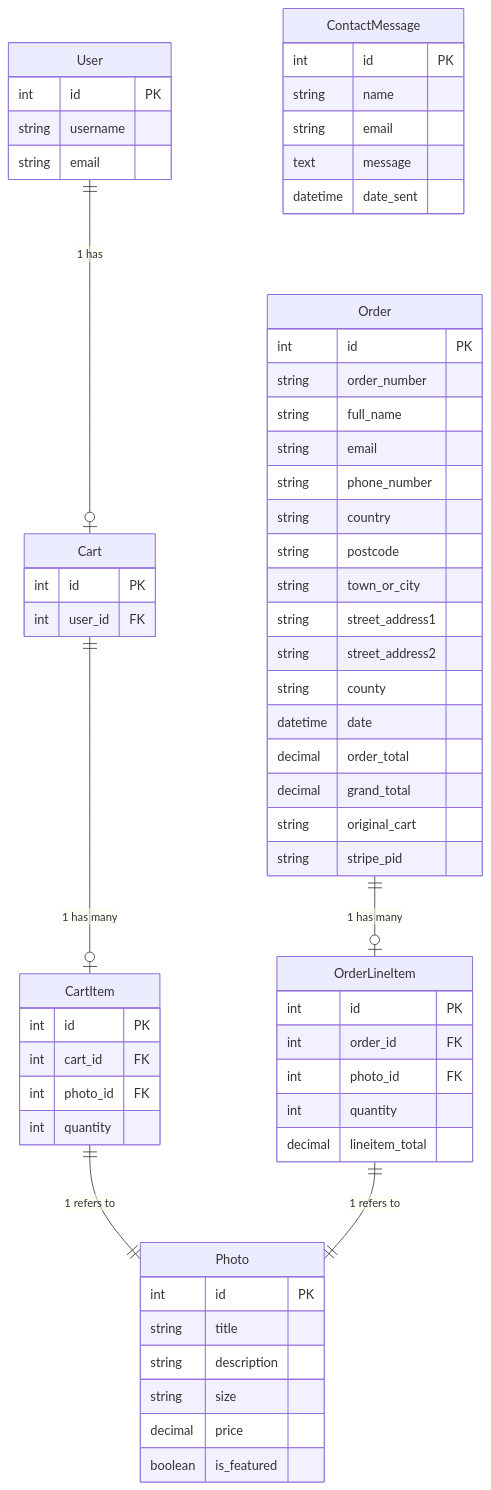
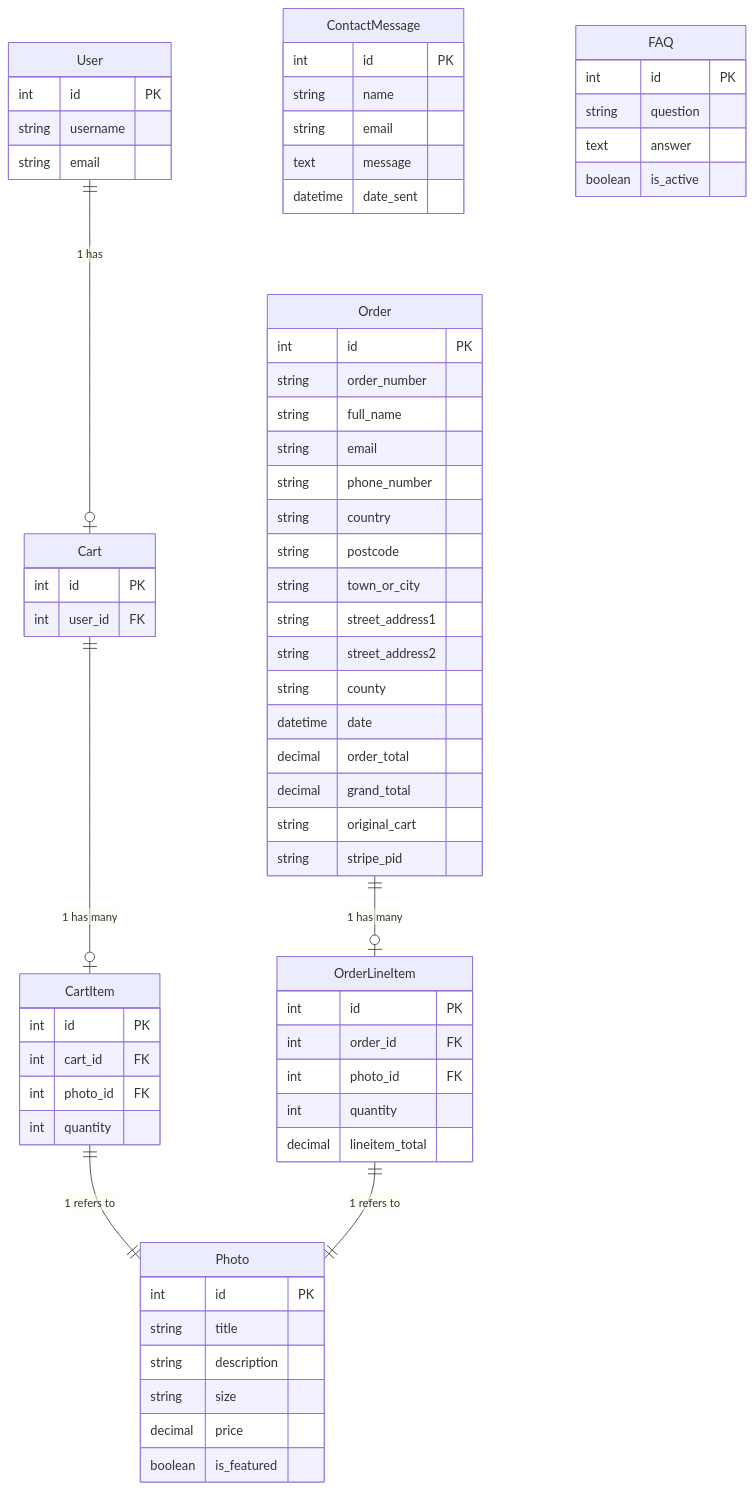
Before and after one commit to craigdickerson725/really-deep-photography: the diagram in README.md, drawn with Mermaid. The commit also changed other lines of this file, not shown here.

Commit message:
Update mirmaid erd

````diff
--- a/README.md
+++ b/README.md
@@ -285,68 +285,77 @@
 ```mermaid
 erDiagram
     User {
         int id PK
         string username
         string email
     }
 
     Cart {
         int id PK
         int user_id FK
     }
+
     CartItem {
         int id PK
         int cart_id FK
         int photo_id FK
         int quantity
     }
+
     Photo {
         int id PK
         string title
         string description
         string size
         decimal price
         boolean is_featured
     }
 
     Order {
         int id PK
         string order_number
         string full_name
         string email
         string phone_number
         string country
         string postcode
         string town_or_city
         string street_address1
         string street_address2
         string county
         datetime date
         decimal order_total
         decimal grand_total
         string original_cart
         string stripe_pid
     }
 
     OrderLineItem {
         int id PK
         int order_id FK
         int photo_id FK
         int quantity
         decimal lineitem_total
     }
 
     ContactMessage {
         int id PK
         string name
         string email
         text message
         datetime date_sent
     }
 
+    FAQ {
+        int id PK
+        string question
+        text answer
+        boolean is_active
+    }
+
     User ||--o| Cart : "1 has"
     Cart ||--o| CartItem : "1 has many"
     CartItem ||--|| Photo : "1 refers to"
     Order ||--o| OrderLineItem : "1 has many"
     OrderLineItem ||--|| Photo : "1 refers to"
 ```
````
